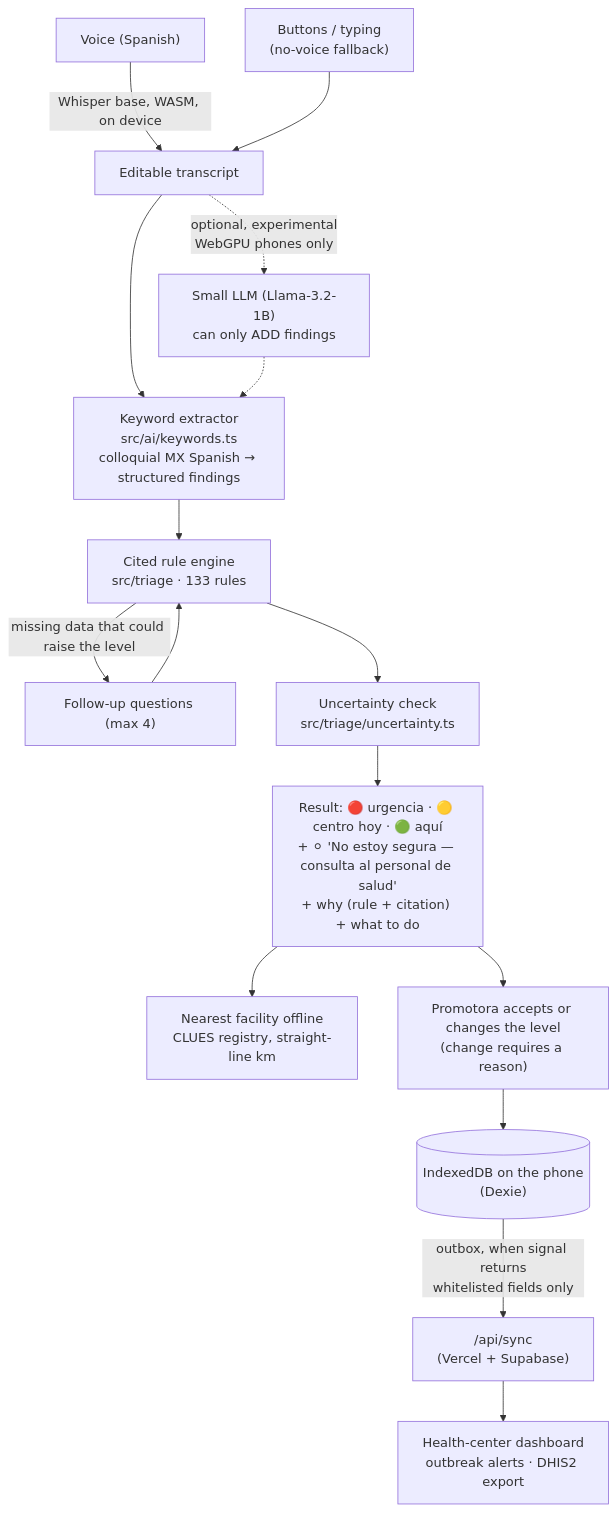
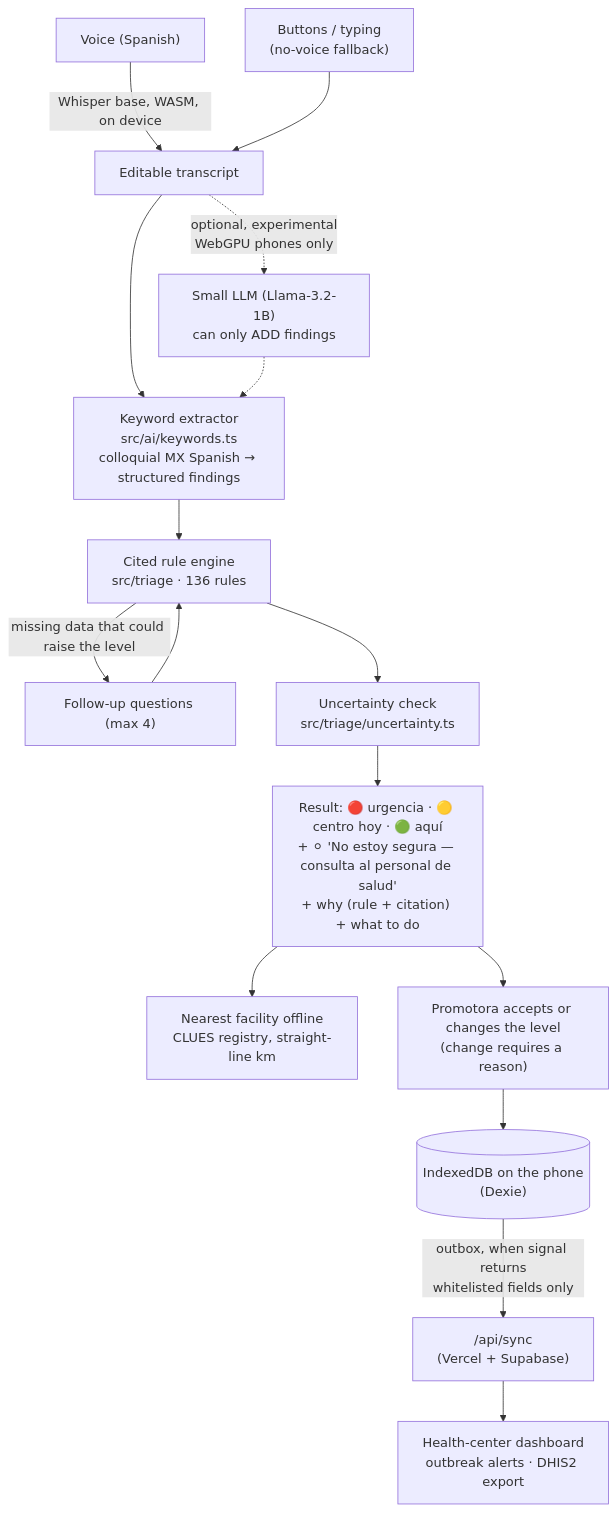
Before and after one commit to HaDeZIB/pahtli: the diagram in README.md, drawn with Mermaid. The commit also changed other lines of this file and 23 other files, not shown here.

````diff
--- a/README.md
+++ b/README.md
@@ -42,18 +42,18 @@
 ```mermaid
 flowchart TD
     V["Voice (Spanish)"] -->|"Whisper base, WASM, on device"| T["Editable transcript"]
     B["Buttons / typing<br/>(no-voice fallback)"] --> T
     T --> K["Keyword extractor<br/>src/ai/keywords.ts<br/>colloquial MX Spanish → structured findings"]
     T -.->|"optional, experimental<br/>WebGPU phones only"| L["Small LLM (Llama-3.2-1B)<br/>can only ADD findings"]
     L -.-> K
-    K --> R["Cited rule engine<br/>src/triage · 133 rules"]
+    K --> R["Cited rule engine<br/>src/triage · 136 rules"]
     R -->|"missing data that could raise the level"| Q["Follow-up questions (max 4)"]
     Q --> R
     R --> U["Uncertainty check<br/>src/triage/uncertainty.ts"]
     U --> RES["Result: 🔴 urgencia · 🟡 centro hoy · 🟢 aquí<br/>+ ⚪ 'No estoy segura — consulta al personal de salud'<br/>+ why (rule + citation) + what to do"]
     RES --> REF["Nearest facility offline<br/>CLUES registry, straight-line km"]
     RES --> H["Promotora accepts or changes the level<br/>(change requires a reason)"]
     H --> DB[("IndexedDB on the phone<br/>(Dexie)")]
     DB -->|"outbox, when signal returns<br/>whitelisted fields only"| API["/api/sync<br/>(Vercel + Supabase)"]
     API --> D["Health-center dashboard<br/>outbreak alerts · DHIS2 export"]
 ```
````
